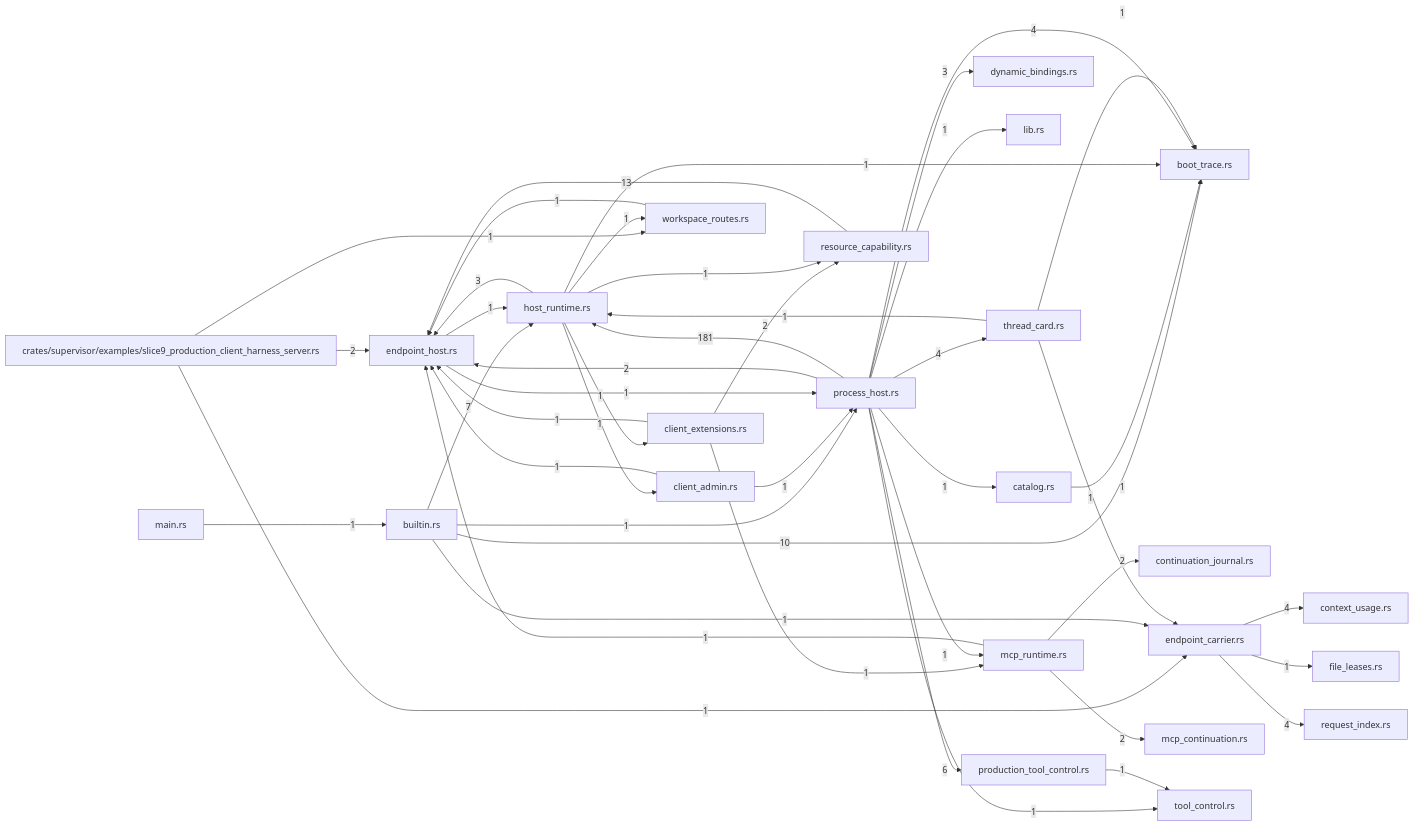
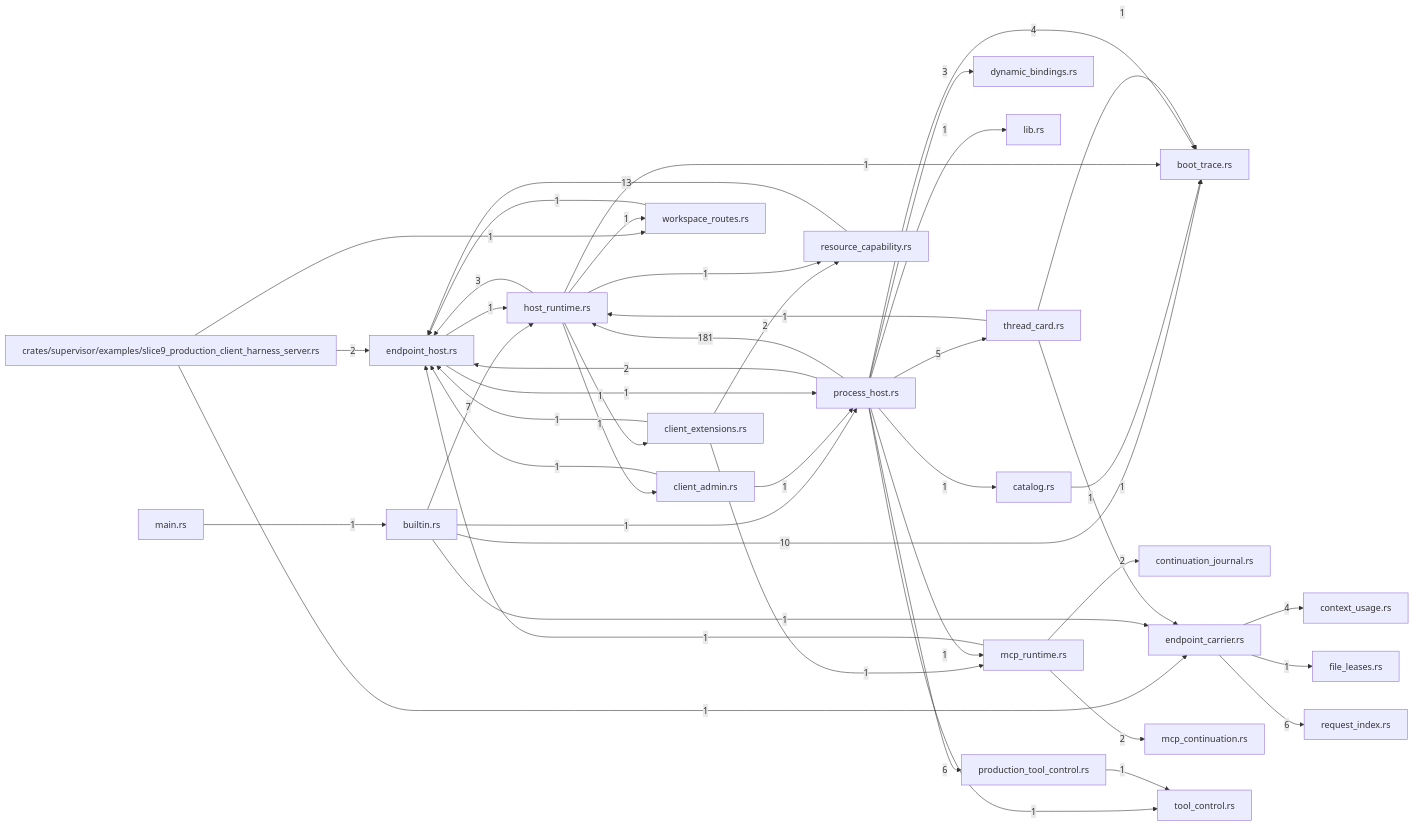
Before and after one commit to TekesApps/TekesKernel: the diagram in crates/supervisor/docs/generated/index.md, drawn with Mermaid. The commit also changed other lines of this file and 56 other files, not shown here.

````diff
--- a/crates/supervisor/docs/generated/index.md
+++ b/crates/supervisor/docs/generated/index.md
@@ -100,71 +100,71 @@
 ```mermaid
 flowchart LR
   m0["crates/supervisor/examples/slice9_production_client_harness_server.rs"]
   m1["boot_trace.rs"]
   m2["builtin.rs"]
   m3["catalog.rs"]
   m4["client_admin.rs"]
   m5["client_extensions.rs"]
   m6["context_usage.rs"]
   m7["continuation_journal.rs"]
   m8["dynamic_bindings.rs"]
   m9["endpoint_carrier.rs"]
   m10["endpoint_host.rs"]
   m11["file_leases.rs"]
   m12["host_runtime.rs"]
   m13["lib.rs"]
   m14["main.rs"]
   m15["mcp_continuation.rs"]
   m16["mcp_runtime.rs"]
   m17["process_host.rs"]
   m18["production_tool_control.rs"]
   m19["request_index.rs"]
   m20["resource_capability.rs"]
   m21["thread_card.rs"]
   m22["tool_control.rs"]
   m23["workspace_routes.rs"]
   m0 -->|"1"| m9
   m0 -->|"2"| m10
   m0 -->|"1"| m23
   m2 -->|"10"| m1
   m2 -->|"1"| m9
   m2 -->|"7"| m12
   m2 -->|"1"| m17
   m3 -->|"1"| m1
   m4 -->|"1"| m10
   m4 -->|"1"| m17
   m5 -->|"1"| m10
   m5 -->|"1"| m16
   m5 -->|"2"| m20
   m9 -->|"4"| m6
   m9 -->|"1"| m11
-  m9 -->|"4"| m19
+  m9 -->|"6"| m19
   m10 -->|"1"| m12
   m10 -->|"1"| m17
   m12 -->|"1"| m1
   m12 -->|"1"| m4
   m12 -->|"1"| m5
   m12 -->|"3"| m10
   m12 -->|"1"| m20
   m12 -->|"1"| m23
   m14 -->|"1"| m2
   m16 -->|"2"| m7
   m16 -->|"1"| m10
   m16 -->|"2"| m15
   m17 -->|"4"| m1
   m17 -->|"1"| m3
   m17 -->|"3"| m8
   m17 -->|"2"| m10
   m17 -->|"181"| m12
   m17 -->|"1"| m13
   m17 -->|"1"| m16
   m17 -->|"6"| m18
-  m17 -->|"4"| m21
+  m17 -->|"5"| m21
   m17 -->|"1"| m22
   m18 -->|"1"| m22
   m20 -->|"13"| m10
   m21 -->|"1"| m1
   m21 -->|"1"| m9
   m21 -->|"1"| m12
   m23 -->|"1"| m10
 ```
````
